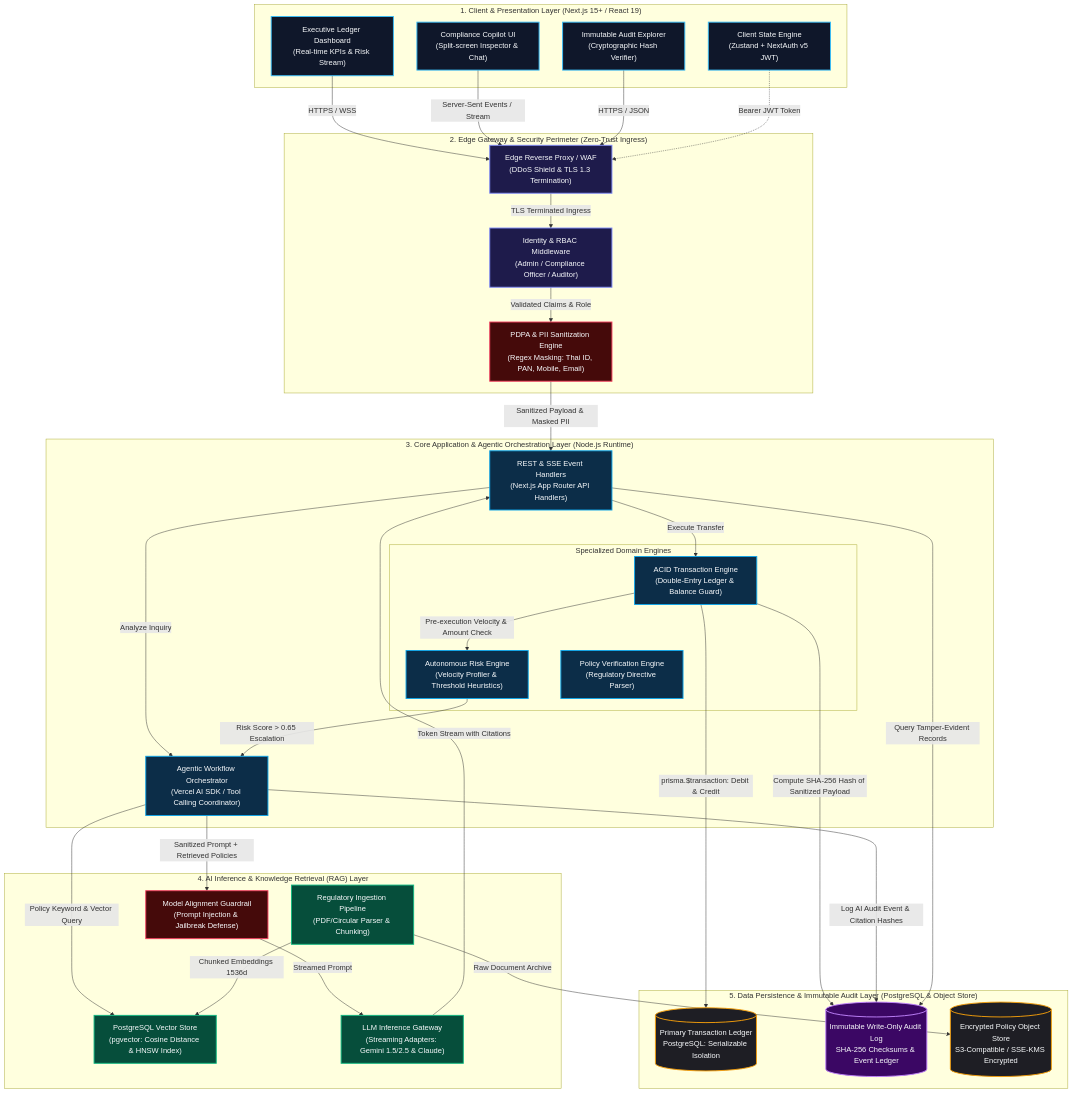
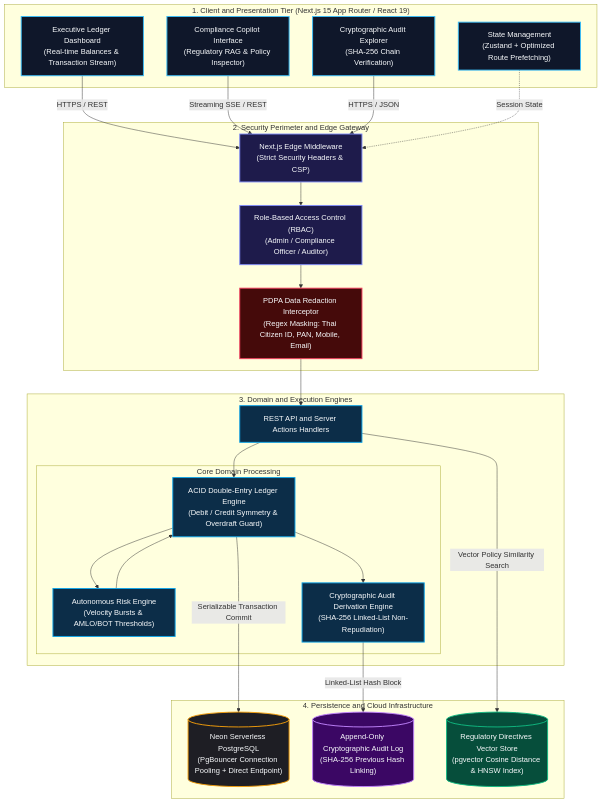
The diagram in README.md (satetapongsa/Finguard-Ai), drawn with Mermaid before and after one commit. The commit also changed other lines of this file, not shown here.

````diff
--- a/README.md
+++ b/README.md
@@ -19,8 +28,5 @@
 ```mermaid
 flowchart TB
-    %% =========================================================================
-    %% STYLING DEFINITIONS
-    %% =========================================================================
     classDef client fill:#0f172a,stroke:#38bdf8,stroke-width:2px,color:#f8fafc;
     classDef edge fill:#1e1b4b,stroke:#818cf8,stroke-width:2px,color:#f8fafc;
     classDef security fill:#450a0a,stroke:#f43f5e,stroke-width:2px,color:#f8fafc;
@@ -29,86 +35,50 @@
     classDef data fill:#1e1e24,stroke:#f59e0b,stroke-width:2px,color:#f8fafc;
     classDef audit fill:#3b0764,stroke:#c084fc,stroke-width:2px,color:#f8fafc;
 
-    %% =========================================================================
-    %% LAYER 1: CLIENT & PRESENTATION LAYER
-    %% =========================================================================
-    subgraph L1 ["1. Client & Presentation Layer (Next.js 15+ / React 19)"]
-        UI_DASH["Executive Ledger Dashboard\n(Real-time KPIs & Risk Stream)"]:::client
-        UI_COPILOT["Compliance Copilot UI\n(Split-screen Inspector & Chat)"]:::client
-        UI_AUDIT["Immutable Audit Explorer\n(Cryptographic Hash Verifier)"]:::client
-        STATE_STORE["Client State Engine\n(Zustand + NextAuth v5 JWT)"]:::client
+    subgraph L1 ["1. Client and Presentation Tier (Next.js 15 App Router / React 19)"]
+        UI_DASH["Executive Ledger Dashboard\n(Real-time Balances & Transaction Stream)"]:::client
+        UI_COPILOT["Compliance Copilot Interface\n(Regulatory RAG & Policy Inspector)"]:::client
+        UI_AUDIT["Cryptographic Audit Explorer\n(SHA-256 Chain Verification)"]:::client
+        STATE_STORE["State Management\n(Zustand + Optimized Route Prefetching)"]:::client
     end
 
-    %% =========================================================================
-    %% LAYER 2: EDGE GATEWAY & SECURITY PERIMETER
-    %% =========================================================================
-    subgraph L2 ["2. Edge Gateway & Security Perimeter (Zero-Trust Ingress)"]
-        EDGE_ROUTER["Edge Reverse Proxy / WAF\n(DDoS Shield & TLS 1.3 Termination)"]:::edge
-        AUTH_RBAC["Identity & RBAC Middleware\n(Admin / Compliance Officer / Auditor)"]:::edge
-        PDPA_SHIELD["PDPA & PII Sanitization Engine\n(Regex Masking: Thai ID, PAN, Mobile, Email)"]:::security
+    subgraph L2 ["2. Security Perimeter and Edge Gateway"]
+        EDGE_ROUTER["Next.js Edge Middleware\n(Strict Security Headers & CSP)"]:::edge
+        AUTH_RBAC["Role-Based Access Control (RBAC)\n(Admin / Compliance Officer / Auditor)"]:::edge
+        PDPA_SHIELD["PDPA Data Redaction Interceptor\n(Regex Masking: Thai Citizen ID, PAN, Mobile, Email)"]:::security
     end
 
-    %% =========================================================================
-    %% LAYER 3: CORE APPLICATION & AGENTIC ORCHESTRATION LAYER
-    %% =========================================================================
-    subgraph L3 ["3. Core Application & Agentic Orchestration Layer (Node.js Runtime)"]
-        API_GW["REST & SSE Event Handlers\n(Next.js App Router API Handlers)"]:::core
-        AGENT_ORCH["Agentic Workflow Orchestrator\n(Vercel AI SDK / Tool Calling Coordinator)"]:::core
+    subgraph L3 ["3. Domain and Execution Engines"]
+        API_GW["REST API and Server Actions Handlers"]:::core
         
-        subgraph ENGINES ["Specialized Domain Engines"]
-            TX_ENGINE["ACID Transaction Engine\n(Double-Entry Ledger & Balance Guard)"]:::core
-            RISK_ENGINE["Autonomous Risk Engine\n(Velocity Profiler & Threshold Heuristics)"]:::core
-            COMPLIANCE_ENGINE["Policy Verification Engine\n(Regulatory Directive Parser)"]:::core
+        subgraph ENGINES ["Core Domain Processing"]
+            TX_ENGINE["ACID Double-Entry Ledger Engine\n(Debit / Credit Symmetry & Overdraft Guard)"]:::core
+            RISK_ENGINE["Autonomous Risk Engine\n(Velocity Bursts & AMLO/BOT Thresholds)"]:::core
+            AUDIT_ENGINE["Cryptographic Audit Derivation Engine\n(SHA-256 Linked-List Non-Repudiation)"]:::core
         end
     end
 
-    %% =========================================================================
-    %% LAYER 4: AI INFERENCE & KNOWLEDGE RETRIEVAL (RAG) LAYER
-    %% =========================================================================
-    subgraph L4 ["4. AI Inference & Knowledge Retrieval (RAG) Layer"]
-        VEC_STORE["PostgreSQL Vector Store\n(pgvector: Cosine Distance & HNSW Index)"]:::ai
-        INGEST_PIPE["Regulatory Ingestion Pipeline\n(PDF/Circular Parser & Chunking)"]:::ai
-        LLM_GW["LLM Inference Gateway\n(Streaming Adapters: Gemini 1.5/2.5 & Claude)"]:::ai
-        GUARD_LLM["Model Alignment Guardrail\n(Prompt Injection & Jailbreak Defense)"]:::security
+    subgraph L4 ["4. Persistence and Cloud Infrastructure"]
+        DB_NEON[("Neon Serverless PostgreSQL\n(PgBouncer Connection Pooling + Direct Endpoint)")]:::data
+        AUDIT_CHAIN[("Append-Only Cryptographic Audit Log\n(SHA-256 Previous Hash Linking)")]:::audit
+        VEC_STORE[("Regulatory Directives Vector Store\n(pgvector Cosine Distance & HNSW Index)")]:::ai
     end
 
-    %% =========================================================================
-    %% LAYER 5: DATA PERSISTENCE & IMMUTABLE AUDIT LAYER
-    %% =========================================================================
-    subgraph L5 ["5. Data Persistence & Immutable Audit Layer (PostgreSQL & Object Store)"]
-        DB_LEDGER[("Primary Transaction Ledger\nPostgreSQL: Serializable Isolation")]:::data
-        AUDIT_STORE[("Immutable Write-Only Audit Log\nSHA-256 Checksums & Event Ledger")]:::audit
-        DOC_STORE[("Encrypted Policy Object Store\nS3-Compatible / SSE-KMS Encrypted")]:::data
-    end
+    UI_DASH -->|HTTPS / REST| EDGE_ROUTER
+    UI_COPILOT -->|Streaming SSE / REST| EDGE_ROUTER
+    UI_AUDIT -->|HTTPS / JSON| EDGE_ROUTER
+    STATE_STORE -.->|Session State| EDGE_ROUTER
 
-    %% =========================================================================
-    %% INTER-LAYER COMMUNICATIONS & PROTOCOLS
-    %% =========================================================================
-    UI_DASH -->|HTTPS / WSS| EDGE_ROUTER
-    UI_COPILOT -->|Server-Sent Events / Stream| EDGE_ROUTER
-    UI_AUDIT -->|HTTPS / JSON| EDGE_ROUTER
-    STATE_STORE -.->|Bearer JWT Token| EDGE_ROUTER
+    EDGE_ROUTER --> AUTH_RBAC
+    AUTH_RBAC --> PDPA_SHIELD
+    PDPA_SHIELD --> API_GW
 
-    EDGE_ROUTER -->|TLS Terminated Ingress| AUTH_RBAC
-    AUTH_RBAC -->|Validated Claims & Role| PDPA_SHIELD
-    PDPA_SHIELD -->|Sanitized Payload & Masked PII| API_GW
+    API_GW --> TX_ENGINE
+    TX_ENGINE --> RISK_ENGINE
+    RISK_ENGINE --> TX_ENGINE
+    TX_ENGINE --> AUDIT_ENGINE
 
-    API_GW -->|Execute Transfer| TX_ENGINE
-    API_GW -->|Analyze Inquiry| AGENT_ORCH
-
-    TX_ENGINE -->|Pre-execution Velocity & Amount Check| RISK_ENGINE
-    RISK_ENGINE -->|Risk Score > 0.65 Escalation| AGENT_ORCH
-
-    AGENT_ORCH -->|Policy Keyword & Vector Query| VEC_STORE
-    AGENT_ORCH -->|Sanitized Prompt + Retrieved Policies| GUARD_LLM
-    GUARD_LLM -->|Streamed Prompt| LLM_GW
-    LLM_GW -->|Token Stream with Citations| API_GW
-
-    INGEST_PIPE -->|Chunked Embeddings 1536d| VEC_STORE
-    INGEST_PIPE -->|Raw Document Archive| DOC_STORE
-
-    TX_ENGINE -->|prisma.$transaction: Debit & Credit| DB_LEDGER
-    TX_ENGINE -->|Compute SHA-256 Hash of Sanitized Payload| AUDIT_STORE
-    AGENT_ORCH -->|Log AI Audit Event & Citation Hashes| AUDIT_STORE
-    API_GW -->|Query Tamper-Evident Records| AUDIT_STORE
+    TX_ENGINE -->|Serializable Transaction Commit| DB_NEON
+    AUDIT_ENGINE -->|Linked-List Hash Block| AUDIT_CHAIN
+    API_GW -->|Vector Policy Similarity Search| VEC_STORE
 ```
````
